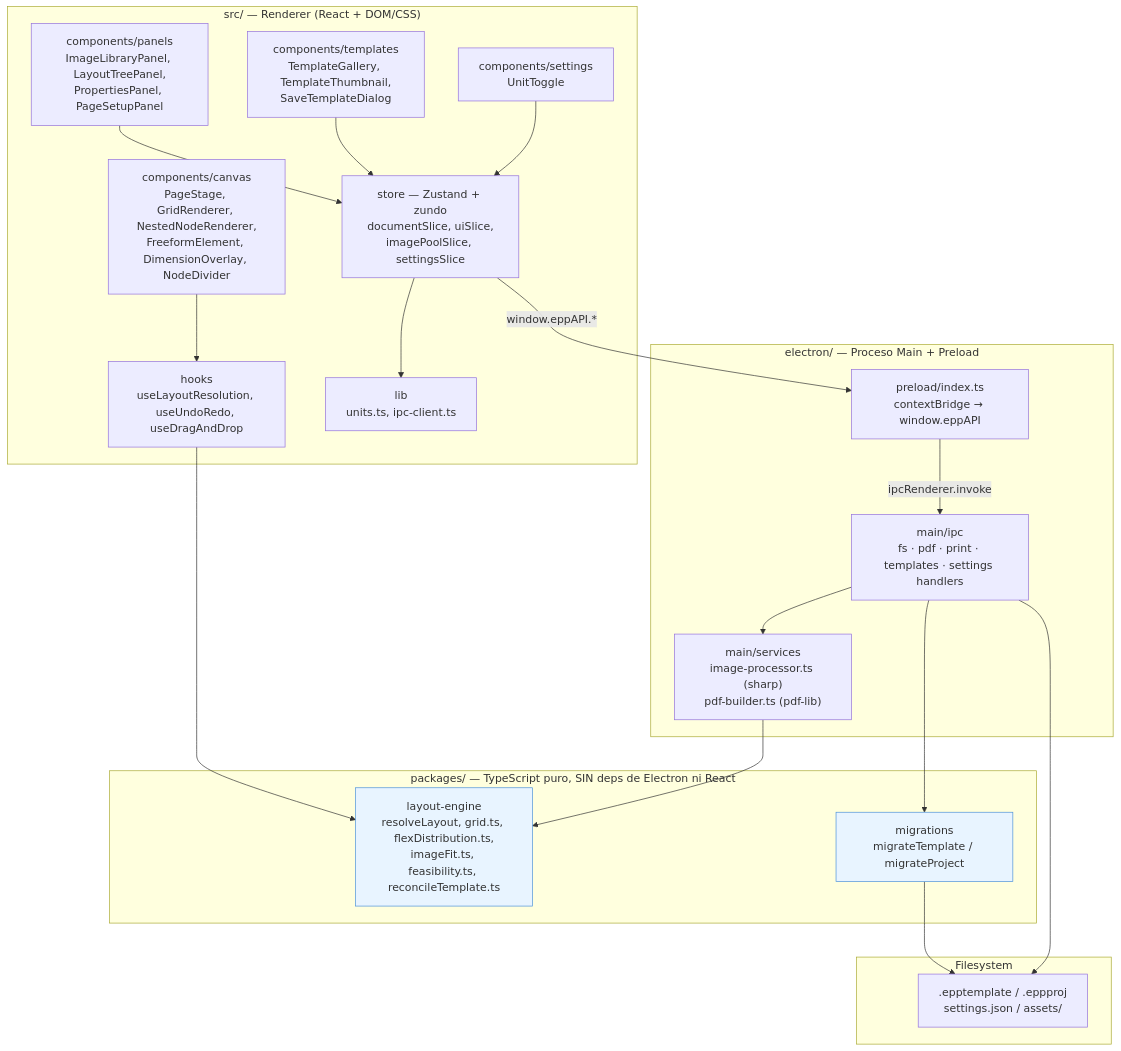
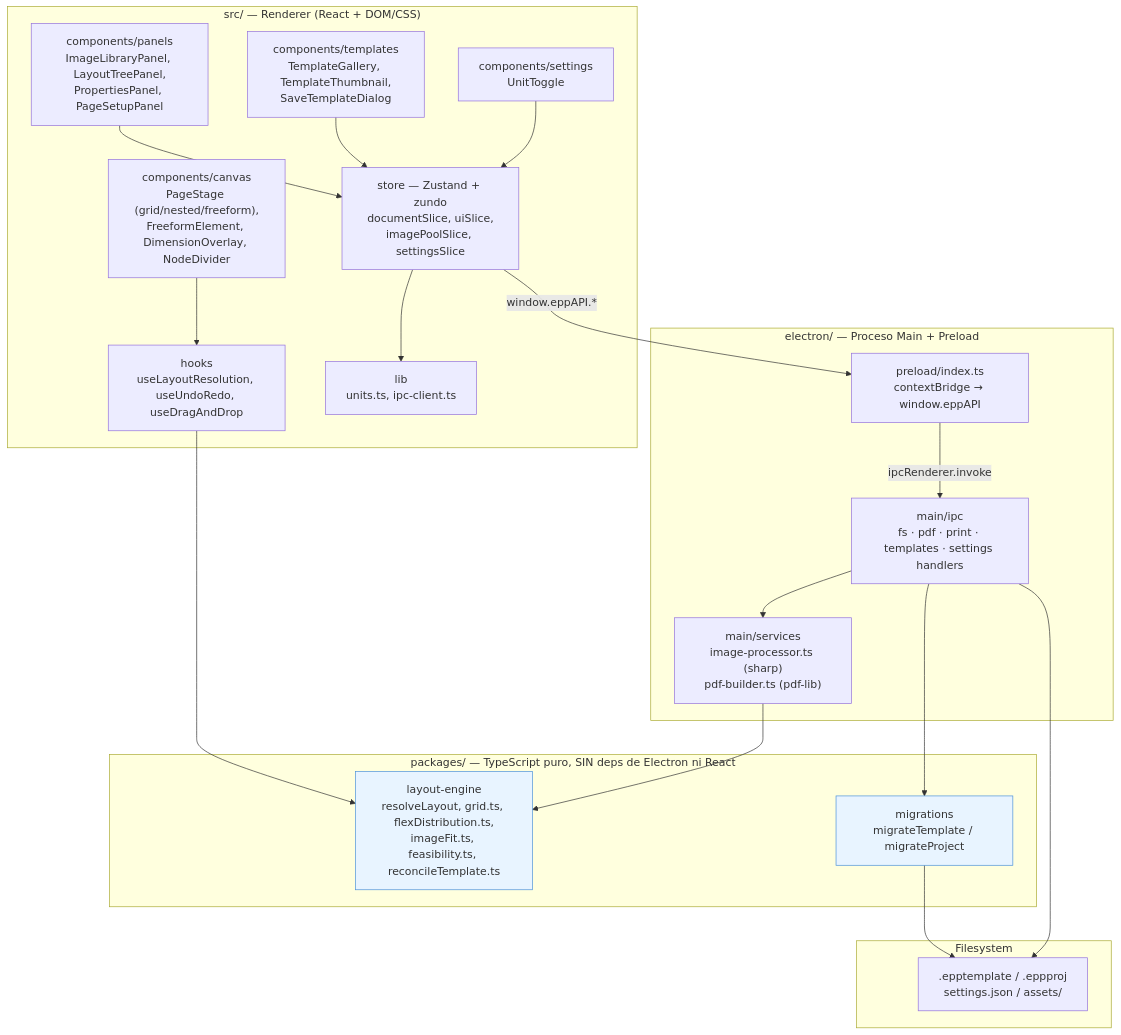
One commit to exe4que/EasyPhotoPrint changed the seventh of 7 diagrams in OPENSPEC.md. Above: the diagram before and after it, drawn with Mermaid. The commit also changed other lines of this file and 3 other files, not shown here.

````diff
--- a/OPENSPEC.md
+++ b/OPENSPEC.md
@@ -1160,63 +1160,63 @@
 ```mermaid
 graph TB
     subgraph UI["src/ — Renderer (React + DOM/CSS)"]
         COMP_CANVAS["components/canvas
-PageStage, GridRenderer, NestedNodeRenderer,
+PageStage (grid/nested/freeform),
 FreeformElement, DimensionOverlay, NodeDivider"]
         COMP_PANELS["components/panels
 ImageLibraryPanel, LayoutTreePanel,
 PropertiesPanel, PageSetupPanel"]
         COMP_TEMPLATES["components/templates
 TemplateGallery, TemplateThumbnail,
 SaveTemplateDialog"]
         COMP_SETTINGS["components/settings
 UnitToggle"]
         HOOKS["hooks
 useLayoutResolution, useUndoRedo, useDragAndDrop"]
         STORE["store — Zustand + zundo
 documentSlice, uiSlice,
 imagePoolSlice, settingsSlice"]
         LIB["lib
 units.ts, ipc-client.ts"]
     end
 
     subgraph SHARED["packages/ — TypeScript puro, SIN deps de Electron ni React"]
         LAYOUT_ENGINE["layout-engine
 resolveLayout, grid.ts, flexDistribution.ts,
 imageFit.ts, feasibility.ts, reconcileTemplate.ts"]
         MIGRATIONS["migrations
 migrateTemplate / migrateProject"]
     end
 
     subgraph ELECTRON["electron/ — Proceso Main + Preload"]
         PRELOAD["preload/index.ts
 contextBridge → window.eppAPI"]
         IPC["main/ipc
 fs · pdf · print · templates · settings handlers"]
         SERVICES["main/services
 image-processor.ts (sharp)
 pdf-builder.ts (pdf-lib)"]
     end
 
     subgraph DISK["Filesystem"]
         FILES[".epptemplate / .eppproj
 settings.json / assets/"]
     end
 
     COMP_CANVAS --> HOOKS
     COMP_PANELS --> STORE
     COMP_TEMPLATES --> STORE
     COMP_SETTINGS --> STORE
     HOOKS --> LAYOUT_ENGINE
     STORE --> LIB
     STORE -- "window.eppAPI.*" --> PRELOAD
     PRELOAD -- "ipcRenderer.invoke" --> IPC
     IPC --> SERVICES
     IPC --> MIGRATIONS
     SERVICES --> LAYOUT_ENGINE
     MIGRATIONS --> FILES
     IPC --> FILES
 
     style LAYOUT_ENGINE fill:#e8f4ff,stroke:#4a90d9
     style MIGRATIONS fill:#e8f4ff,stroke:#4a90d9
 ```
````
